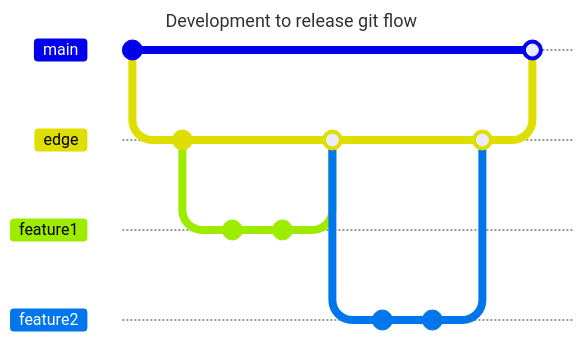
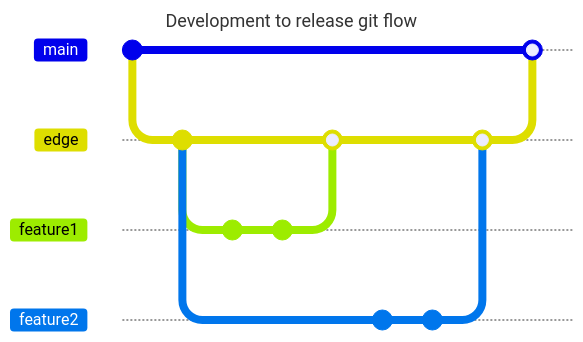
One commit to GEO-BON/bon-in-a-box-pipeline-engine changed the first of 5 diagrams in README-dev.md. Above: the diagram before and after it, drawn with Mermaid. The commit also changed other lines of this file, not shown here. Commit ids are hidden.

````diff
--- a/README-dev.md
+++ b/README-dev.md
@@ -53,27 +53,27 @@
 ```mermaid
 ---
 title: Development to release git flow
 ---
 gitGraph
     commit
     branch edge
     commit
     branch feature1
+    branch feature2
     checkout feature1
     commit
     commit
     checkout edge
     merge feature1
-    branch feature2
     checkout feature2
     commit
     commit
     checkout edge
     merge feature2
     checkout main
 
     merge edge
 
 
 
 ```
````
